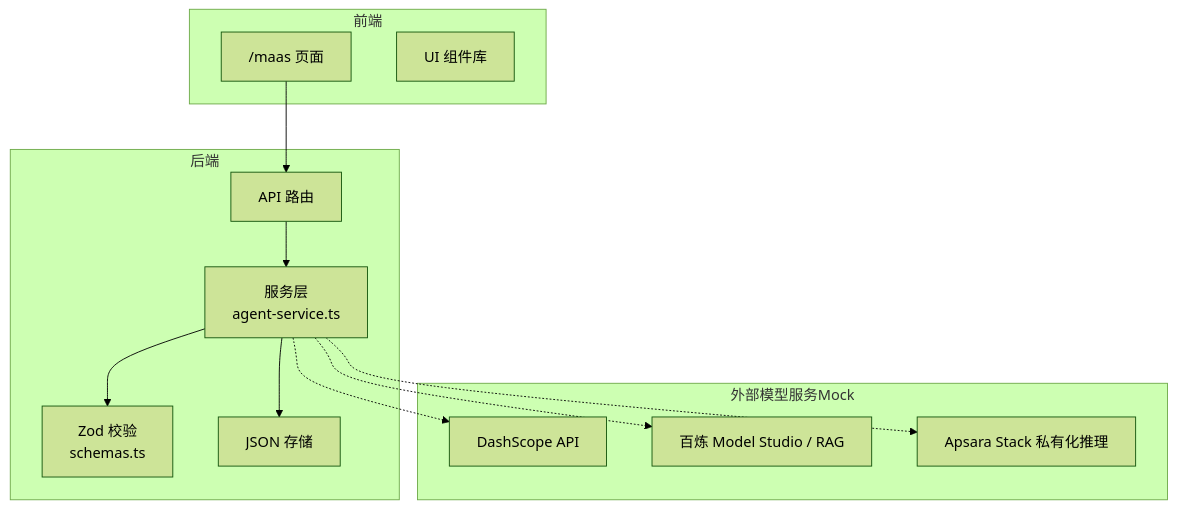
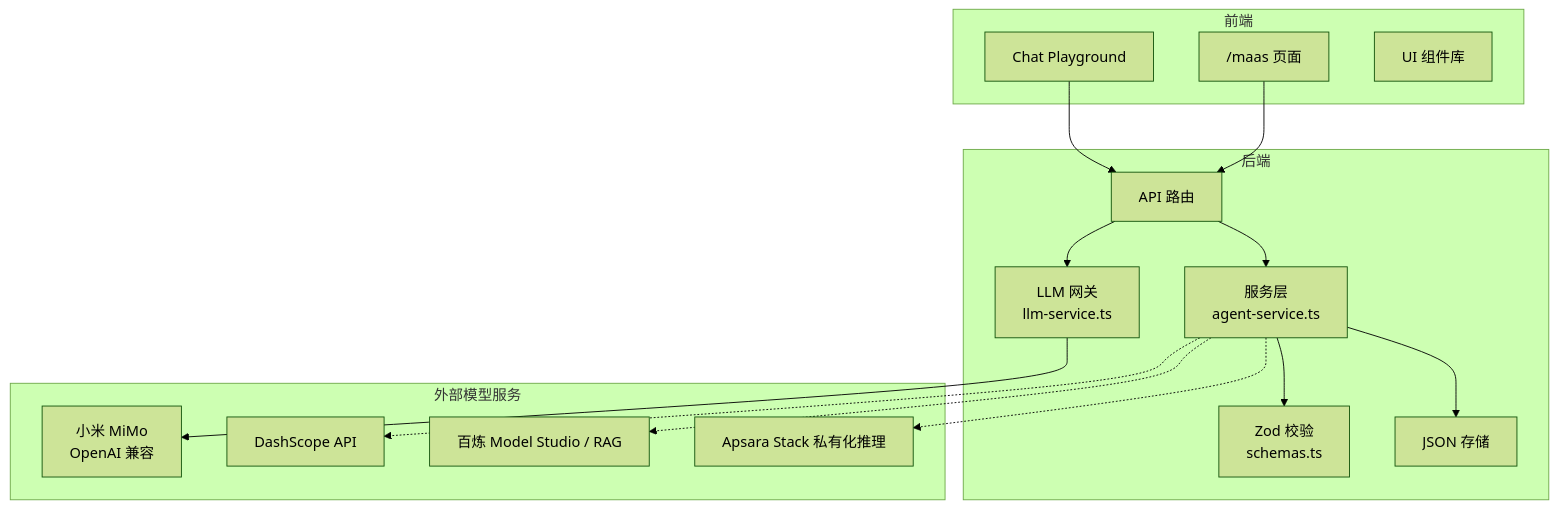
One commit to ai-guru-global/agent-up changed the first of 6 diagrams in .qoder/repowiki/zh/content/功能模块/MaaS 模型服务集成.md. Above: the diagram before and after it, drawn with Mermaid (forest theme). The commit also changed other lines of this file and 32 other files, not shown here.

````diff
--- a/.qoder/repowiki/zh/content/功能模块/MaaS 模型服务集成.md
+++ b/.qoder/repowiki/zh/content/功能模块/MaaS 模型服务集成.md
@@ -37,25 +52,31 @@
 ```mermaid
 graph TB
 subgraph "前端"
 MAAS["/maas 页面"]
+PLAYGROUND["Chat Playground"]
 UI["UI 组件库"]
 end
 subgraph "后端"
 API["API 路由"]
 SVC["服务层<br/>agent-service.ts"]
+LLM["LLM 网关<br/>llm-service.ts"]
 SCH["Zod 校验<br/>schemas.ts"]
 DATA["JSON 存储"]
 end
-subgraph "外部模型服务Mock"
+subgraph "外部模型服务"
+MIMO["小米 MiMo<br/>OpenAI 兼容"]
 DS["DashScope API"]
 BL["百炼 Model Studio / RAG"]
 AS["Apsara Stack 私有化推理"]
 end
 MAAS --> API
+PLAYGROUND --> API
 API --> SVC
+API --> LLM
 SVC --> SCH
 SVC --> DATA
+LLM --> MIMO
 SVC -.-> DS
 SVC -.-> BL
 SVC -.-> AS
 ```
````
